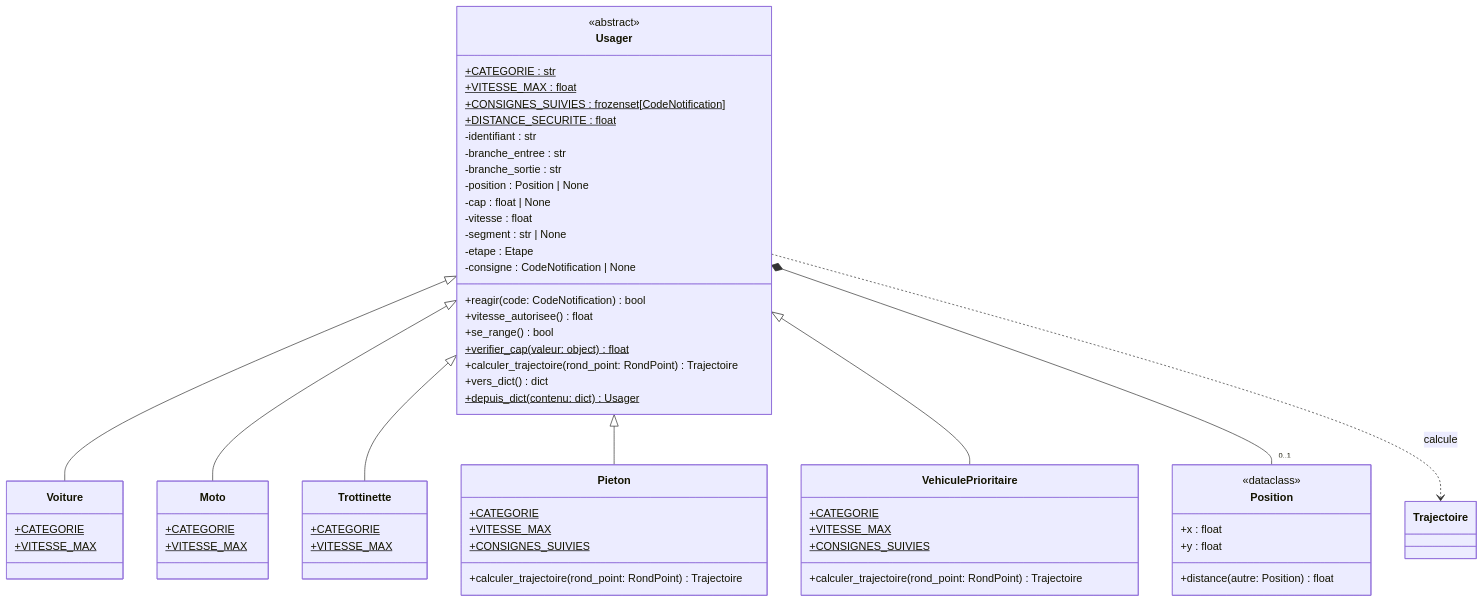
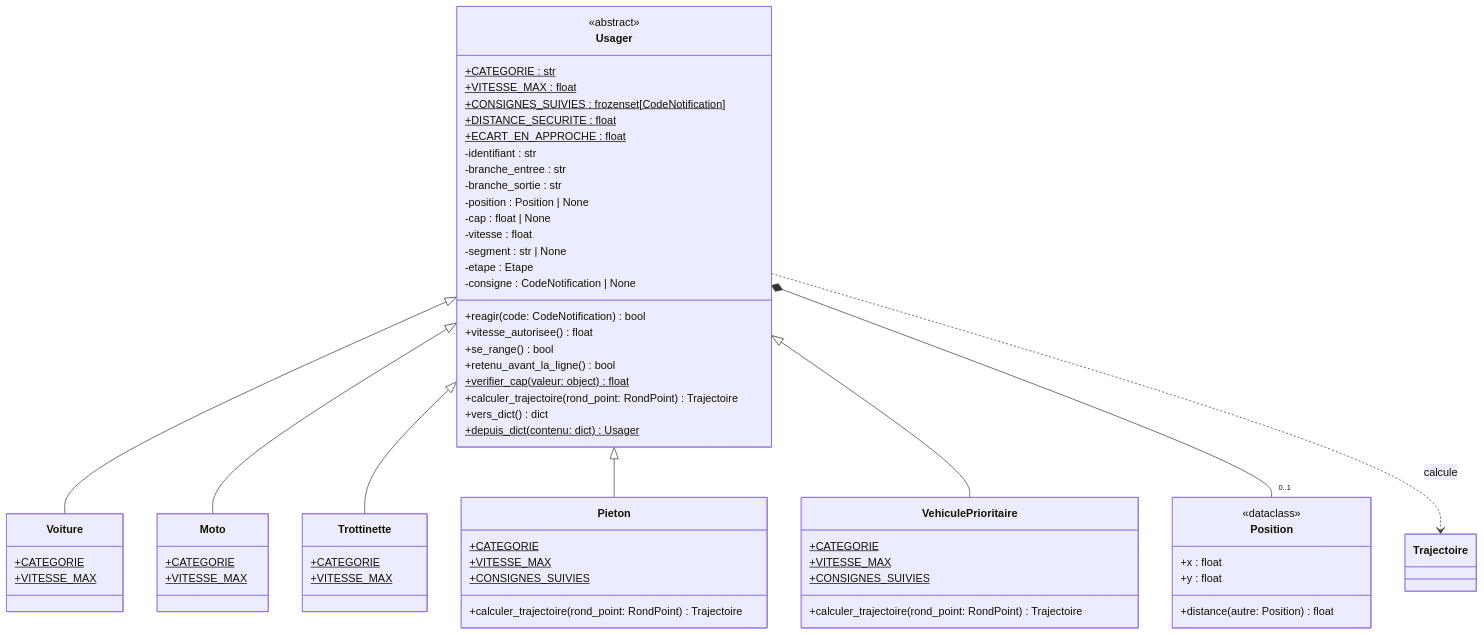
One commit to vRayzix/SAE3.02_Developper-une-application-communicante changed the third of 12 diagrams in docs/uml.md. Above: the diagram before and after it, drawn with Mermaid. The commit also changed other lines of this file and 2 other files, not shown here.

````diff
--- a/docs/uml.md
+++ b/docs/uml.md
@@ -170,70 +170,72 @@
 ```mermaid
 classDiagram
     class Position {
         <<dataclass>>
         +x : float
         +y : float
         +distance(autre: Position) float
     }
 
     class Usager {
         <<abstract>>
         +CATEGORIE : str$
         +VITESSE_MAX : float$
         +CONSIGNES_SUIVIES : frozenset[CodeNotification]$
         +DISTANCE_SECURITE : float$
+        +ECART_EN_APPROCHE : float$
         -identifiant : str
         -branche_entree : str
         -branche_sortie : str
         -position : Position | None
         -cap : float | None
         -vitesse : float
         -segment : str | None
         -etape : Etape
         -consigne : CodeNotification | None
         +reagir(code: CodeNotification) bool
         +vitesse_autorisee() float
         +se_range() bool
+        +retenu_avant_la_ligne() bool
         +verifier_cap(valeur: object) float$
         +calculer_trajectoire(rond_point: RondPoint) Trajectoire
         +vers_dict() dict
         +depuis_dict(contenu: dict) Usager$
     }
 
     class Voiture {
         +CATEGORIE$
         +VITESSE_MAX$
     }
 
     class Moto {
         +CATEGORIE$
         +VITESSE_MAX$
     }
 
     class Trottinette {
         +CATEGORIE$
         +VITESSE_MAX$
     }
 
     class Pieton {
         +CATEGORIE$
         +VITESSE_MAX$
         +CONSIGNES_SUIVIES$
         +calculer_trajectoire(rond_point: RondPoint) Trajectoire
     }
 
     class VehiculePrioritaire {
         +CATEGORIE$
         +VITESSE_MAX$
         +CONSIGNES_SUIVIES$
         +calculer_trajectoire(rond_point: RondPoint) Trajectoire
     }
 
     Usager <|-- Voiture
     Usager <|-- Moto
     Usager <|-- Trottinette
     Usager <|-- Pieton
     Usager <|-- VehiculePrioritaire
     Usager *-- "0..1" Position
     Usager ..> Trajectoire : calcule
 ```
````
